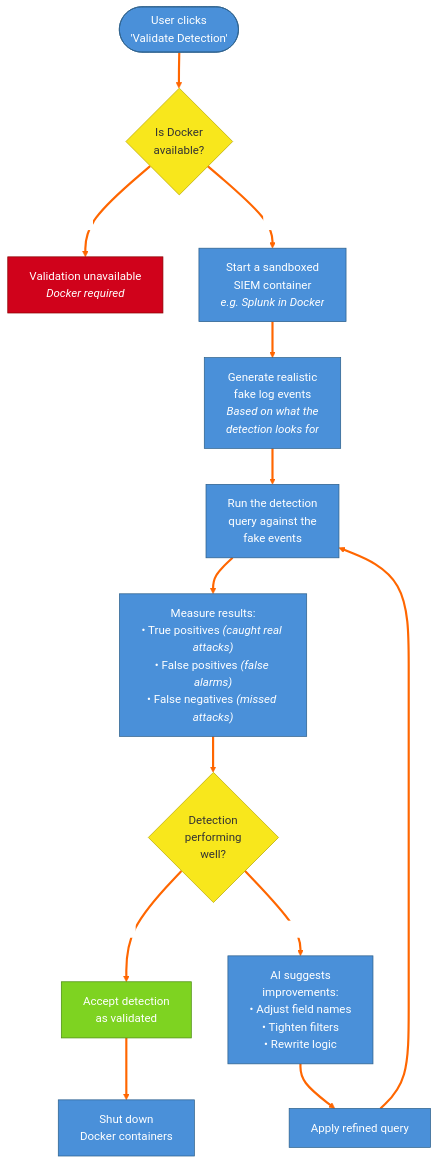
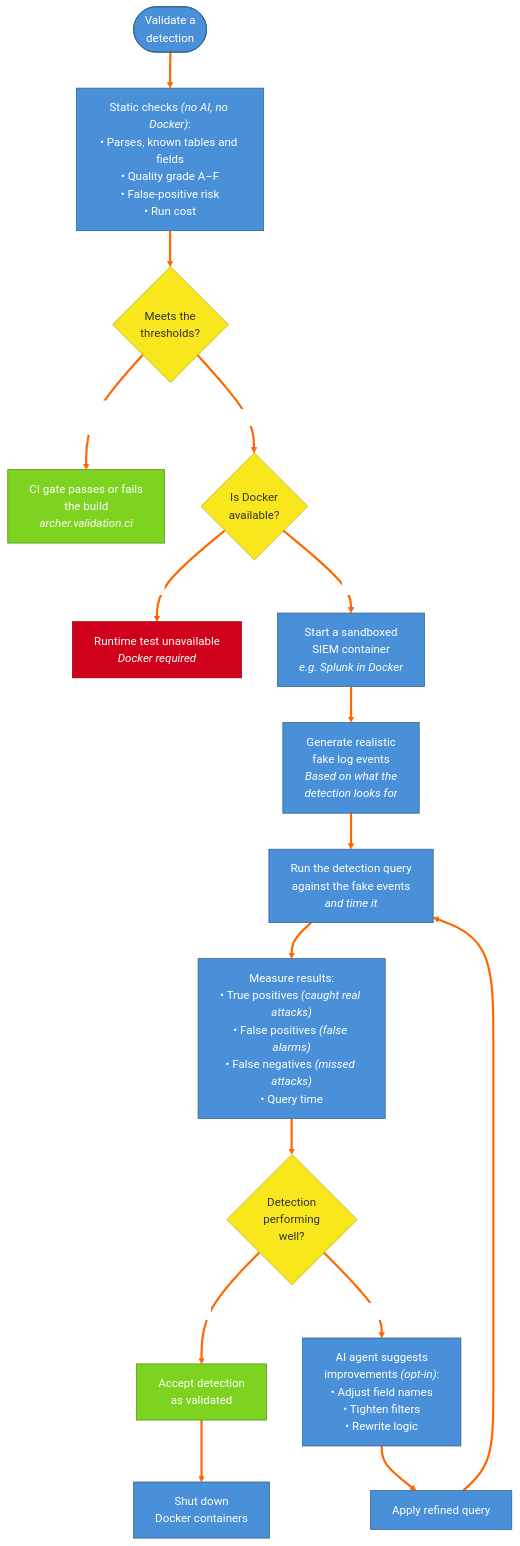
One commit to cmdaltr/shikari changed the diagram in docs/architecture/mermaid/11_8_validation_workflow_testing_detections.md. Above: the diagram before and after it, drawn with Mermaid. The commit also changed other lines of this file and 6 other files, not shown here.

First line of the commit message:
docs: sync diagrams, README and a test with this release's features

````diff
--- a/docs/architecture/mermaid/11_8_validation_workflow_testing_detections.md
+++ b/docs/architecture/mermaid/11_8_validation_workflow_testing_detections.md
@@ -5,31 +5,39 @@
 ```mermaid
 %%{init: {'theme': 'base', 'themeVariables': {'lineColor': '#ff6600', 'edgeLabelBackground': '#ffffff', 'primaryColor': '#4a90d9', 'primaryTextColor': '#ffffff', 'primaryBorderColor': '#2c5f8a', 'secondaryColor': '#e8e8e8', 'tertiaryColor': '#f5f5f5', 'clusterBkg': '#f0f0f0', 'clusterBorder': '#999999', 'titleColor': '#000000', 'nodeTextColor': '#000000', 'background': '#ffffff'}}}%%
 flowchart TD
-    START_V(["User clicks<br/>'Validate Detection'"]) --> DOCKER_CHECK{"Is Docker<br/>available?"}
+    START_V(["Validate a<br/>detection"]) --> STATIC["Static checks <i>(no AI, no Docker)</i>:<br/>• Parses, known tables and fields<br/>• Quality grade A–F<br/>• False-positive risk<br/>• Run cost"]
 
-    DOCKER_CHECK -- "No" --> SKIP["Validation unavailable<br/><i>Docker required</i>"]
+    STATIC --> GATE{"Meets the<br/>thresholds?"}
+
+    GATE -- "In CI<br/><i>detections as code</i>" --> CI["CI gate passes or fails<br/>the build<br/><i>archer.validation.ci</i>"]
+    GATE -- "Interactive" --> DOCKER_CHECK{"Is Docker<br/>available?"}
+
+    DOCKER_CHECK -- "No" --> SKIP["Runtime test unavailable<br/><i>Docker required</i>"]
     DOCKER_CHECK -- "Yes" --> SPIN["Start a sandboxed<br/>SIEM container<br/><i>e.g. Splunk in Docker</i>"]
 
     SPIN --> GENERATE_EVENTS["Generate realistic<br/>fake log events<br/><i>Based on what the<br/>detection looks for</i>"]
 
-    GENERATE_EVENTS --> RUN_QUERY["Run the detection<br/>query against the<br/>fake events"]
+    GENERATE_EVENTS --> RUN_QUERY["Run the detection query<br/>against the fake events<br/><i>and time it</i>"]
 
-    RUN_QUERY --> MEASURE["Measure results:<br/>• True positives <i>(caught real attacks)</i><br/>• False positives <i>(false alarms)</i><br/>• False negatives <i>(missed attacks)</i>"]
+    RUN_QUERY --> MEASURE["Measure results:<br/>• True positives <i>(caught real attacks)</i><br/>• False positives <i>(false alarms)</i><br/>• False negatives <i>(missed attacks)</i><br/>• Query time"]
 
     MEASURE --> GOOD{"Detection<br/>performing<br/>well?"}
 
     GOOD -- "Yes" --> ACCEPT["Accept detection<br/>as validated"]
-    GOOD -- "Needs work" --> REFINE["AI suggests<br/>improvements:<br/>• Adjust field names<br/>• Tighten filters<br/>• Rewrite logic"]
+    GOOD -- "Needs work" --> REFINE["AI agent suggests<br/>improvements <i>(opt-in)</i>:<br/>• Adjust field names<br/>• Tighten filters<br/>• Rewrite logic"]
 
     REFINE --> APPLY["Apply refined query"]
     APPLY --> RUN_QUERY
 
     ACCEPT --> CLEANUP["Shut down<br/>Docker containers"]
 
     style START_V fill:#4a90d9,stroke:#2c5f8a,color:#fff
     style ACCEPT fill:#7ed321,stroke:#4a8c0f,color:#fff
+    style CI fill:#7ed321,stroke:#4a8c0f,color:#fff
     style SKIP fill:#d0021b,stroke:#8b0000,color:#fff
+    style STATIC fill:#4a90d9,stroke:#2c5f8a,color:#fff
     style DOCKER_CHECK fill:#f8e71c,stroke:#b8a700,color:#333
+    style GATE fill:#f8e71c,stroke:#b8a700,color:#333
     style GOOD fill:#f8e71c,stroke:#b8a700,color:#333
     linkStyle default stroke:#ff6600,stroke-width:3px
 ```
````
